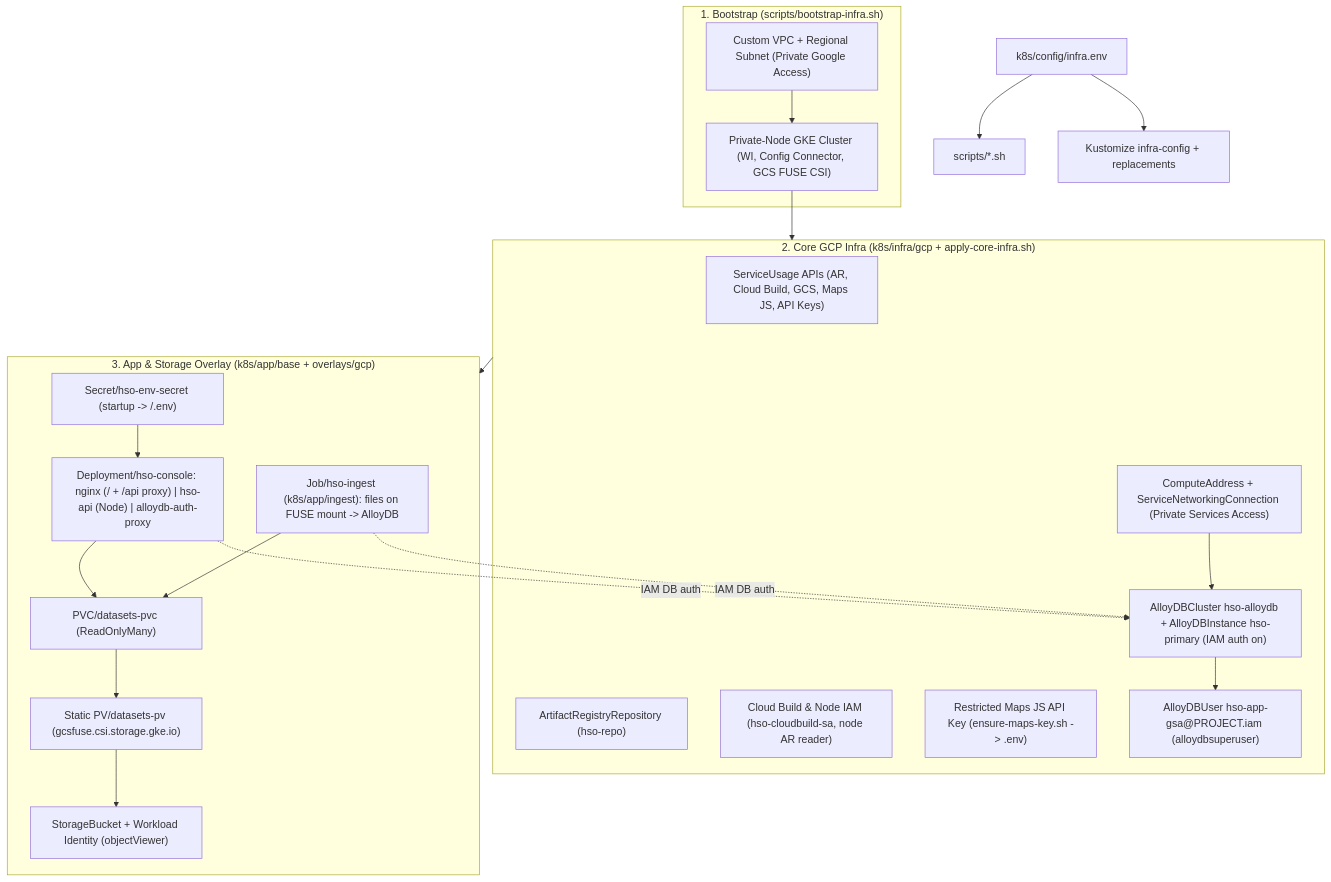
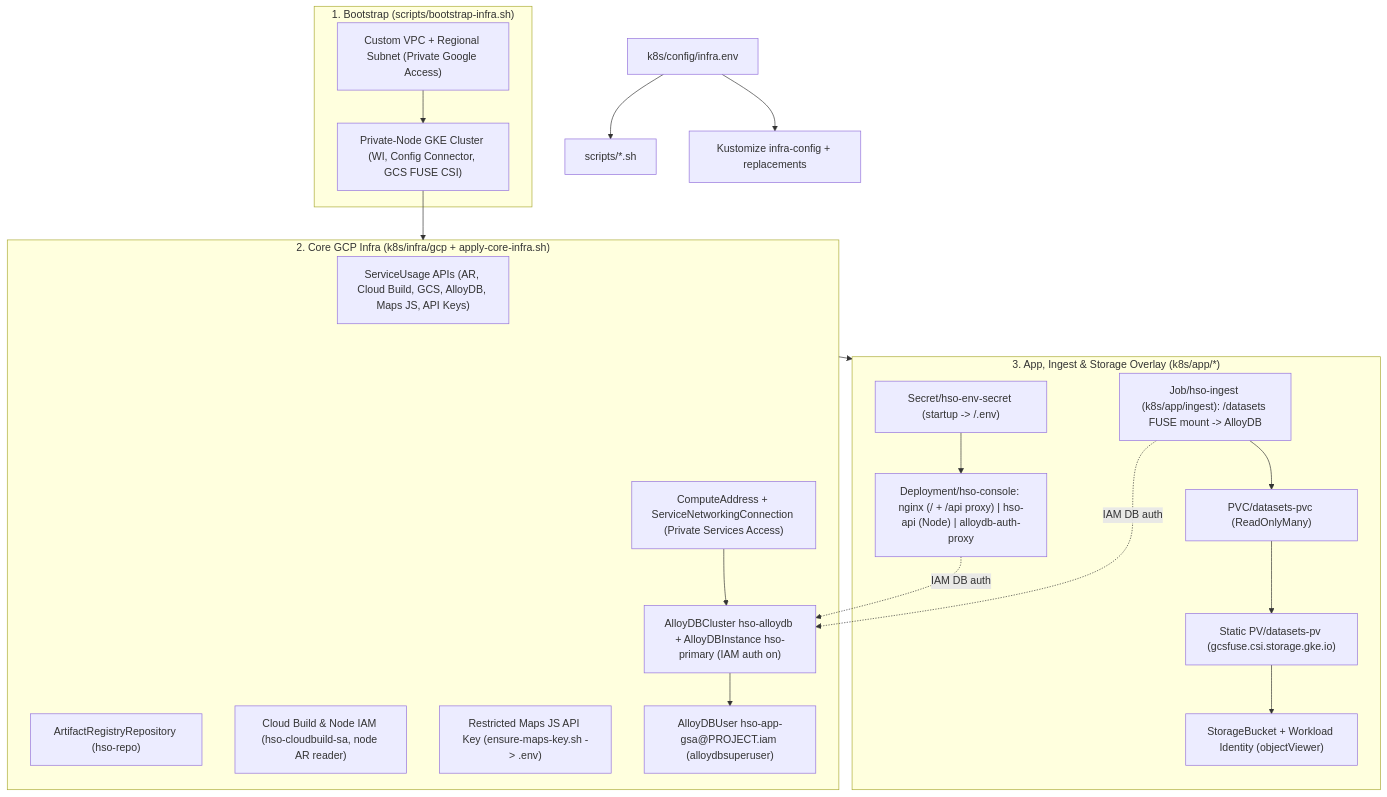
Before and after one commit to kareem613/gc-hso-hackathon: the diagram in docs/architecture/infrastructure.md, drawn with Mermaid. The commit also changed other lines of this file and 28 other files, not shown here.

Commit message:
Trim app to hackathon starter map and AlloyDB skeleton

````diff
--- a/docs/architecture/infrastructure.md
+++ b/docs/architecture/infrastructure.md
@@ -12,38 +12,37 @@
 ```mermaid
 flowchart TD
   Env["k8s/config/infra.env"] --> Scripts["scripts/*.sh"]
   Env --> Kustomize["Kustomize infra-config + replacements"]
 
   subgraph Bootstrap["1. Bootstrap (scripts/bootstrap-infra.sh)"]
     VPC["Custom VPC + Regional Subnet (Private Google Access)"]
     GKE["Private-Node GKE Cluster (WI, Config Connector, GCS FUSE CSI)"]
     VPC --> GKE
   end
 
   subgraph CoreInfra["2. Core GCP Infra (k8s/infra/gcp + apply-core-infra.sh)"]
-    APIs["ServiceUsage APIs (AR, Cloud Build, GCS, Maps JS, API Keys)"]
+    APIs["ServiceUsage APIs (AR, Cloud Build, GCS, AlloyDB, Maps JS, API Keys)"]
     AR["ArtifactRegistryRepository (hso-repo)"]
     CBSA["Cloud Build & Node IAM (hso-cloudbuild-sa, node AR reader)"]
     MapsKey["Restricted Maps JS API Key (ensure-maps-key.sh -> .env)"]
     PSA["ComputeAddress + ServiceNetworkingConnection (Private Services Access)"]
     ADB["AlloyDBCluster hso-alloydb + AlloyDBInstance hso-primary (IAM auth on)"]
     ADBUser["AlloyDBUser hso-app-gsa@PROJECT.iam (alloydbsuperuser)"]
     PSA --> ADB --> ADBUser
   end
 
-  subgraph AppDeploy["3. App & Storage Overlay (k8s/app/base + overlays/gcp)"]
+  subgraph AppDeploy["3. App, Ingest & Storage Overlay (k8s/app/*)"]
     Secret["Secret/hso-env-secret (startup -> /.env)"]
     Pod["Deployment/hso-console: nginx (/ + /api proxy) | hso-api (Node) | alloydb-auth-proxy"]
-    Ingest["Job/hso-ingest (k8s/app/ingest): files on FUSE mount -> AlloyDB"]
+    Ingest["Job/hso-ingest (k8s/app/ingest): /datasets FUSE mount -> AlloyDB"]
     PVC["PVC/datasets-pvc (ReadOnlyMany)"]
     PV["Static PV/datasets-pv (gcsfuse.csi.storage.gke.io)"]
     Bucket["StorageBucket + Workload Identity (objectViewer)"]
     Secret --> Pod
-    Pod --> PVC --> PV --> Bucket
     Pod -. IAM DB auth .-> ADB
-    Ingest --> PVC
+    Ingest --> PVC --> PV --> Bucket
     Ingest -. IAM DB auth .-> ADB
   end
 
   GKE --> CoreInfra --> AppDeploy
 ```
````
